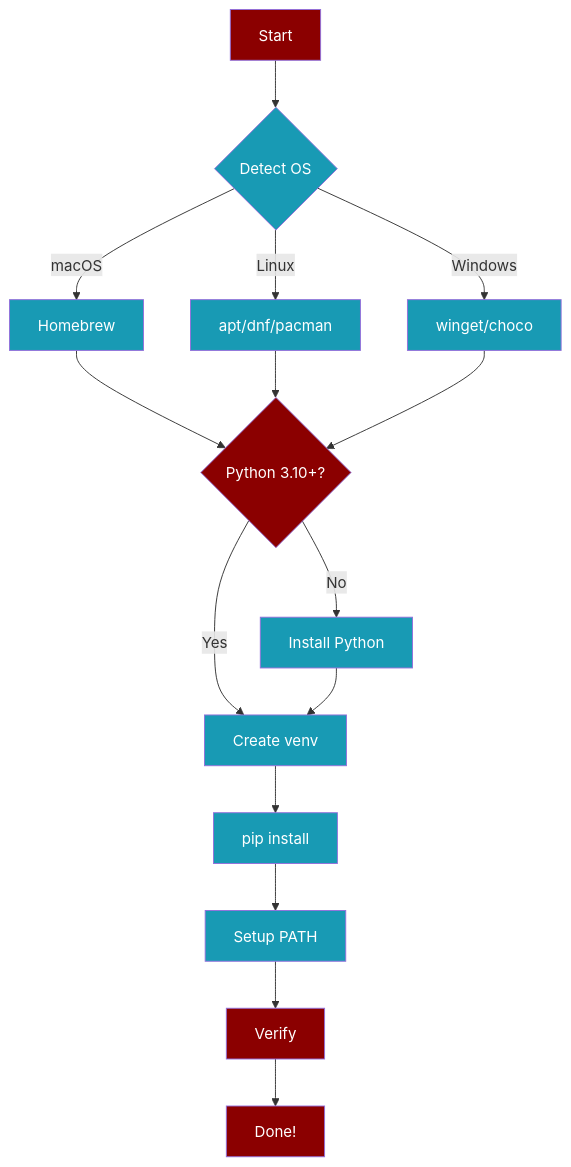
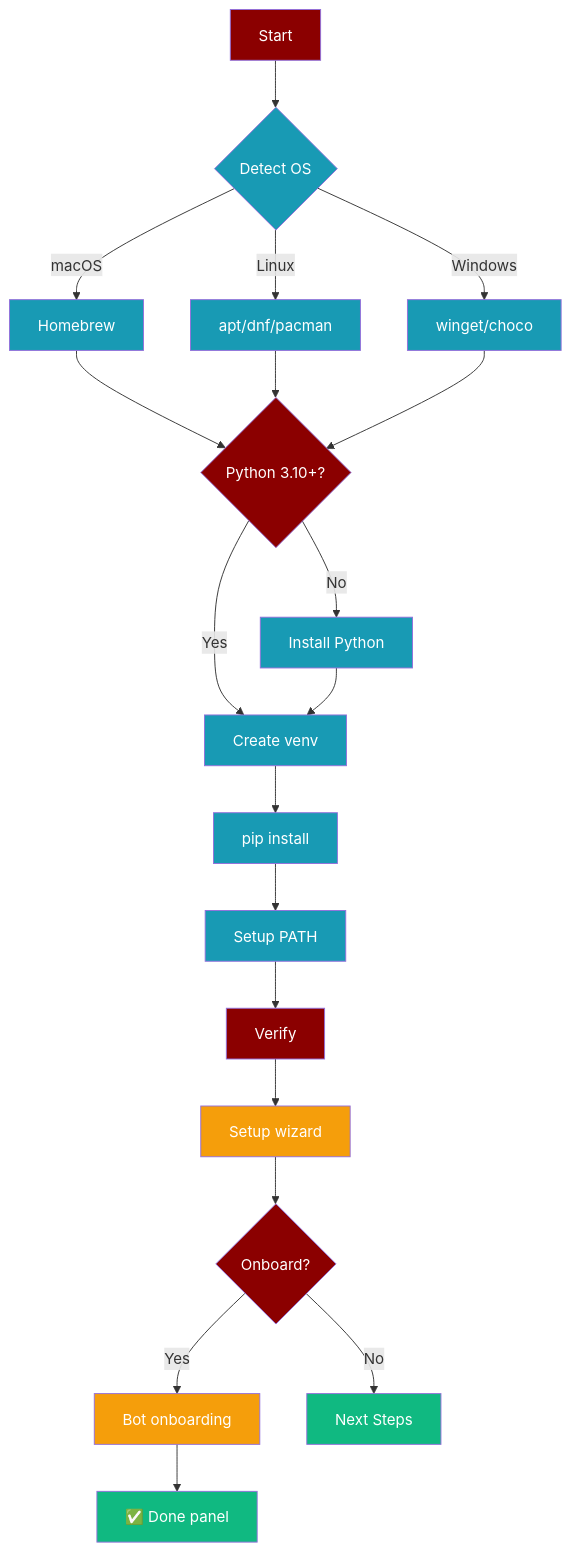
The diagram in docs/install/installer.mdx (MervinPraison/PraisonAIDocs), drawn with Mermaid before and after one commit. The commit also changed other lines of this file and 5 other files, not shown here.

First line of the commit message:
docs: document praisonai onboard flow, --no-onboard flag, and localhost-only dashboard note (fixes #207)

````diff
--- a/docs/install/installer.mdx
+++ b/docs/install/installer.mdx
@@ -11,20 +11,26 @@
 ```mermaid
 flowchart TD
     A[Start]:::agent --> B{Detect OS}:::tool
     B -->|macOS| C[Homebrew]:::tool
     B -->|Linux| D[apt/dnf/pacman]:::tool
     B -->|Windows| E[winget/choco]:::tool
     C --> F{Python 3.10+?}:::agent
     D --> F
     E --> F
     F -->|No| G[Install Python]:::tool
     F -->|Yes| H[Create venv]:::tool
     G --> H
     H --> I[pip install]:::tool
     I --> J[Setup PATH]:::tool
     J --> K[Verify]:::agent
-    K --> L[Done!]:::agent
+    K --> L[Setup wizard]:::process
+    L --> M{Onboard?}:::agent
+    M -->|Yes| N[Bot onboarding]:::process
+    M -->|No| O[Next Steps]:::success
+    N --> P[✅ Done panel]:::success
     
     classDef agent fill:#8B0000,color:#fff
     classDef tool fill:#189AB4,color:#fff
+    classDef process fill:#F59E0B,color:#fff
+    classDef success fill:#10B981,color:#fff
 ```
````
